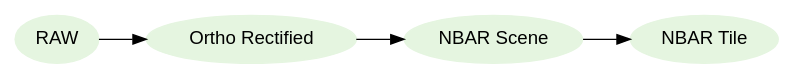
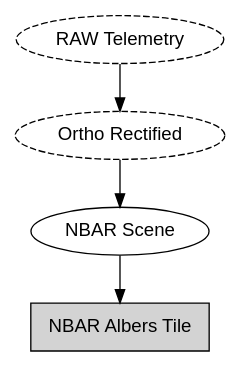
One commit to opendatacube/datacube-core changed the diagram in docs/user/intro.rst. Above: the diagram before and after it, drawn with Graphviz.

Commit message:
Play with graphviz

```diff
--- a/docs/user/intro.rst
+++ b/docs/user/intro.rst
@@ -87,7 +87,11 @@
 .. digraph:: providence
 
-    node[style=filled, fontname="Helvetica", colorscheme=greens3, color=1];
-    RAW -> "Ortho Rectified" -> "NBAR Scene" -> "NBAR Tile"
+    node[fontname="Helvetica"] //, colorscheme=greens3, color=1];
 
+    raw[label="RAW Telemetry", style=dashed]
+    ortho[label="Ortho Rectified", style=dashed]
+    nbar[style=solid, label="NBAR Scene", styled=solid]
+    nbartile[label="NBAR Albers Tile", shape=box, style=filled]
 
-    rankdir=LR;
+    raw -> ortho -> nbar -> nbartile;
+    //rankdir=LR;
```
